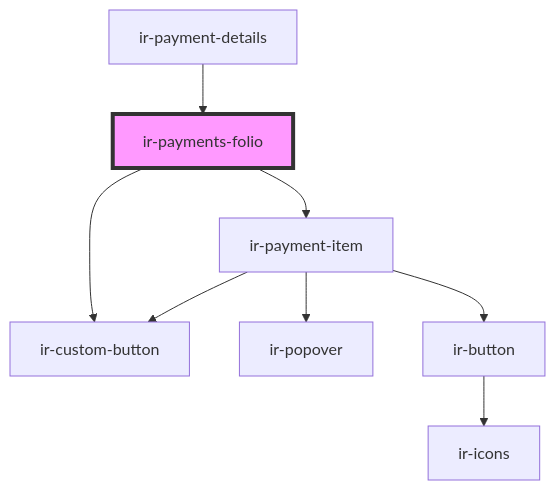
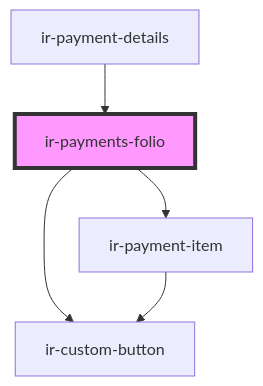
Before and after one commit to David1Chowaifaty/modified-ir-webcmp: the diagram in src/components/ir-booking-details/ir-payment-details/ir-payments-folio/readme.md, drawn with Mermaid. The commit also changed 69 other files, not shown here.

````diff
--- a/src/components/ir-booking-details/ir-payment-details/ir-payments-folio/readme.md
+++ b/src/components/ir-booking-details/ir-payment-details/ir-payments-folio/readme.md
@@ -37,11 +37,8 @@
 ```mermaid
 graph TD;
   ir-payments-folio --> ir-payment-item
   ir-payments-folio --> ir-custom-button
-  ir-payment-item --> ir-popover
-  ir-payment-item --> ir-button
   ir-payment-item --> ir-custom-button
-  ir-button --> ir-icons
   ir-payment-details --> ir-payments-folio
   style ir-payments-folio fill:#f9f,stroke:#333,stroke-width:4px
 ```
````
